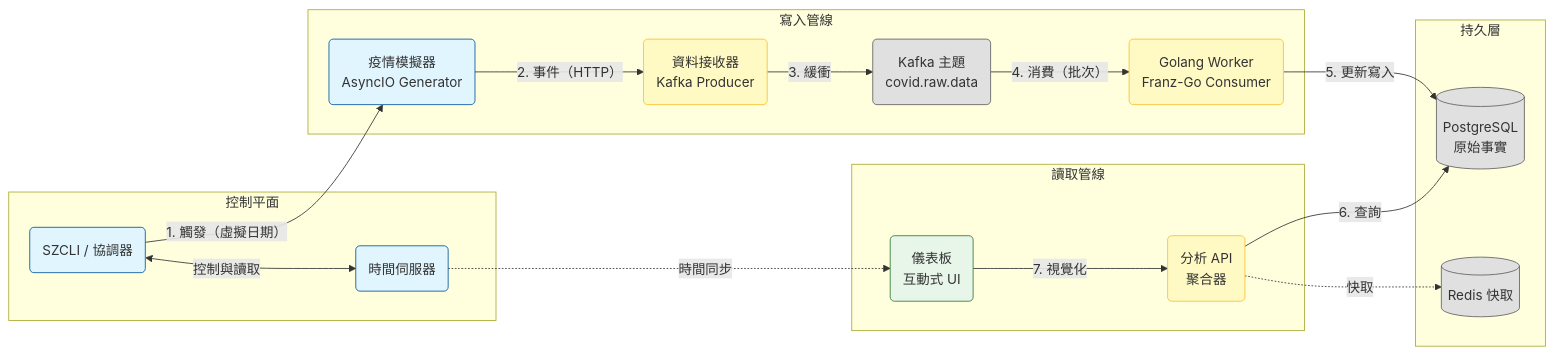
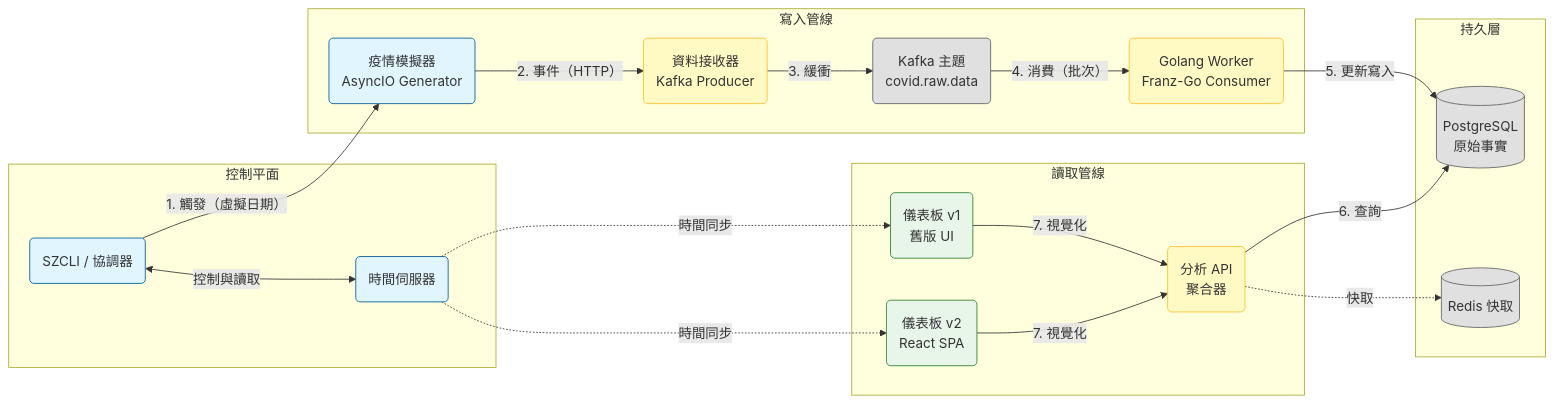
One commit to SafeChord/Docs changed the diagram in docs/zh/safechord.safezone.md. Above: the diagram before and after it, drawn with Mermaid. The commit also changed other lines of this file and 3 other files, not shown here.

````diff
--- a/docs/zh/safechord.safezone.md
+++ b/docs/zh/safechord.safezone.md
@@ -12,47 +12,50 @@
 ```mermaid
 graph LR
     %% 樣式
     classDef source fill:#e1f5fe,stroke:#01579b;
     classDef process fill:#fff9c4,stroke:#fbc02d;
     classDef storage fill:#e0e0e0,stroke:#616161;
     classDef view fill:#e8f5e9,stroke:#2e7d32;
 
     %% 控制平面
     subgraph Trigger [控制平面]
         CLI(SZCLI / 協調器):::source
         Time(時間伺服器):::source
     end
 
     %% 寫入路徑
     subgraph WritePath [寫入管線]
         Sim(疫情模擬器<br/>AsyncIO Generator):::source
         Ingest(資料接收器<br/>Kafka Producer):::process
         Kafka(Kafka 主題<br/>covid.raw.data):::storage
         Worker(Golang Worker<br/>Franz-Go Consumer):::process
     end
 
     %% 持久儲存
     subgraph DataStore [持久層]
         DB[(PostgreSQL<br/>原始事實)]:::storage
         Redis[(Redis 快取)]:::storage
     end
 
     %% 讀取路徑
     subgraph ReadPath [讀取管線]
         API(分析 API<br/>聚合器):::process
-        Dash(儀表板<br/>互動式 UI):::view
+        Dash(儀表板 v1<br/>舊版 UI):::view
+        DashV2(儀表板 v2<br/>React SPA):::view
     end
 
     %% 互動關係
     CLI <-->|"控制與讀取"| Time
     CLI -->|"1. 觸發（虛擬日期）"| Sim
     Sim -->|"2. 事件（HTTP）"| Ingest
     Ingest -->|"3. 緩衝"| Kafka
     Kafka -->|"4. 消費（批次）"| Worker
     Worker -->|"5. 更新寫入"| DB
     
     API -->|"6. 查詢"| DB
     API -.->|"快取"| Redis
     Dash -->|"7. 視覺化"| API
+    DashV2 -->|"7. 視覺化"| API
     Time -.->|"時間同步"| Dash
+    Time -.->|"時間同步"| DashV2
 ```
````
